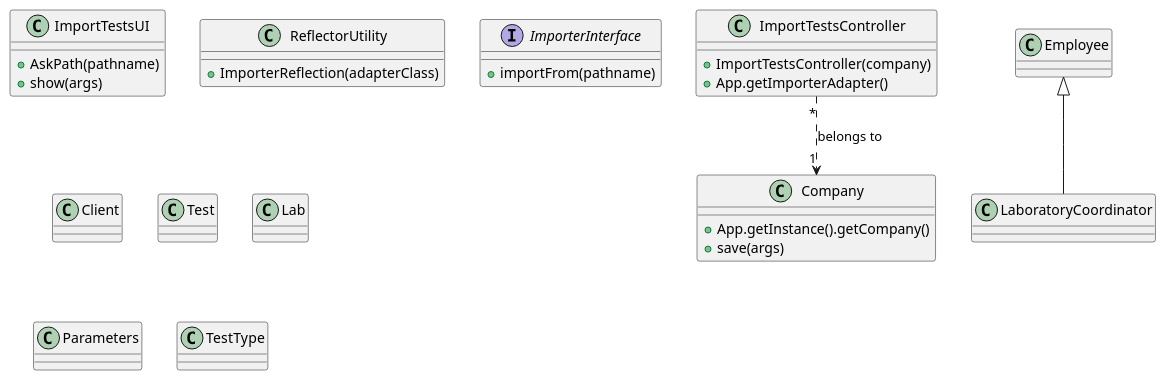
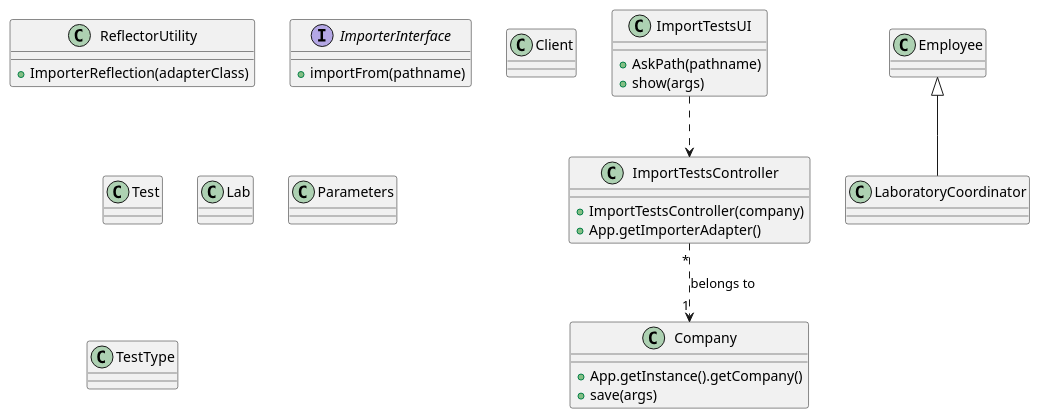
The diagram in docs/SprintD/US17/US17_CD.puml (jsmarques98/LAPR2-ISEP), drawn with PlantUML before and after one commit. The commit also changed 3 other files, not shown here.

```diff
--- a/docs/SprintD/US17/US17_CD.puml
+++ b/docs/SprintD/US17/US17_CD.puml
@@ -1,54 +1,55 @@
 @startuml
 
 skinparam classAtributionIconSize 0
 
 
 class ImportTestsUI {
   +AskPath(pathname)
   +show(args)
 }
 
 class ImportTestsController {
     +ImportTestsController(company)
     +App.getImporterAdapter()
 }
 
 class ReflectorUtility {
     +ImporterReflection(adapterClass)
 
   }
 
 class Company {
     +App.getInstance().getCompany()
     +save(args)
 }
 
 class Employee {
 }
 
 class LaboratoryCoordinator {
 }
 
 interface ImporterInterface {
     +importFrom(pathname)
 }
 
 class Client {
   }
 
 class Test {
   }
 
 class Lab {
   }
 
 class Parameters {
   }
 
 class TestType{
   }
 
+ImportTestsUI ..> ImportTestsController
 ImportTestsController "*" ..> "1" Company : belongs to
 class LaboratoryCoordinator extends Employee
 
 @enduml
```
